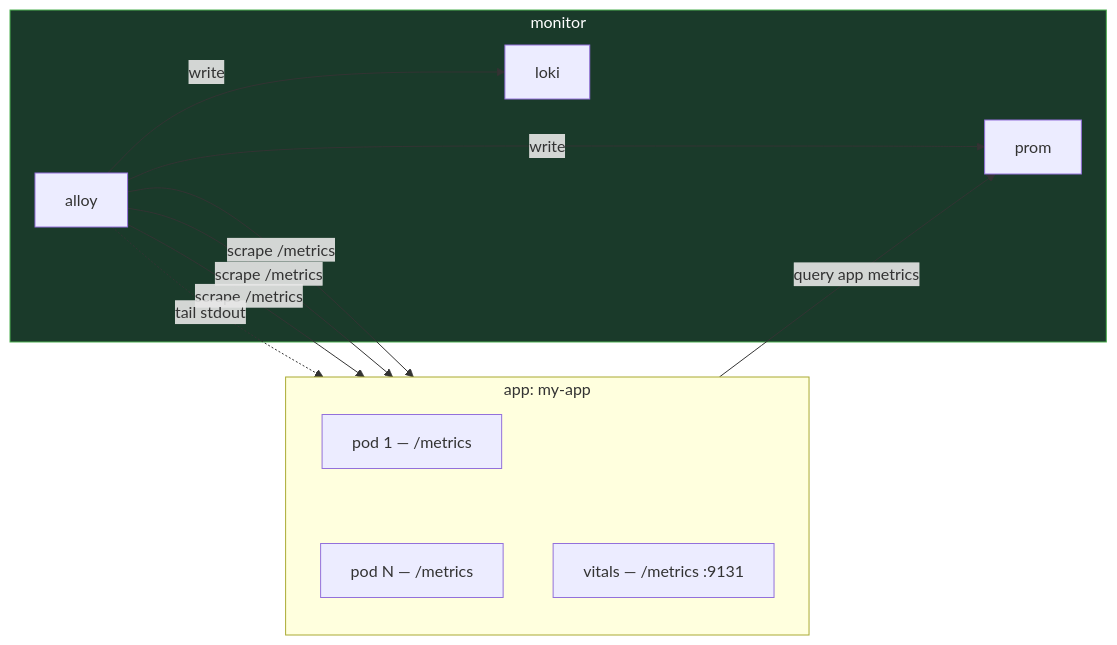
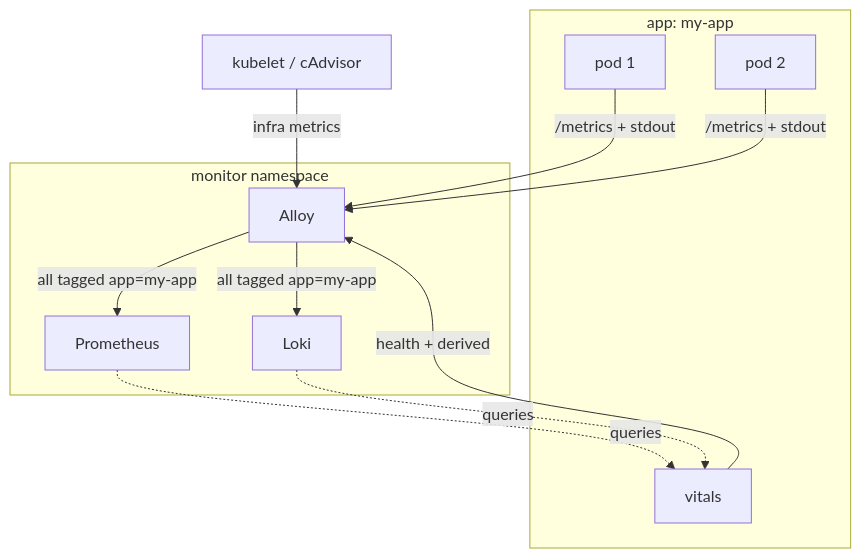
One commit to Kord96/kordinate changed the diagram in docs/infra/monitoring.md. Above: the diagram before and after it, drawn with Mermaid. The commit also changed other lines of this file, not shown here.

First line of the commit message:
Rewrite monitoring doc: two-layer model (Alloy + Vitals)

````diff
--- a/docs/infra/monitoring.md
+++ b/docs/infra/monitoring.md
@@ -9,18 +14,20 @@
 ```mermaid
-flowchart LR
+flowchart TB
     subgraph app["app: my-app"]
-        direction TB
-        P1[pod 1 — /metrics] ~~~ P2[pod N — /metrics]
-        VIT[vitals — /metrics :9131]
+        P1[pod 1]
+        P2[pod 2]
+        VIT[vitals]
     end
 
-    subgraph mon[monitor]
-        AL[alloy] -->|write| PR[prom] & LK[loki]
+    KC[kubelet / cAdvisor] -->|infra metrics| AL
+    P1 & P2 -->|/metrics + stdout| AL
+    AL -->|"all tagged app=my-app"| PR[Prometheus] & LK[Loki]
+    PR & LK -.->|queries| VIT
+    VIT -->|health + derived| AL
+
+    subgraph mon[monitor namespace]
+        AL[Alloy]
+        PR
+        LK
     end
-
-    AL -->|scrape /metrics| P1 & P2 & VIT
-    AL -.->|tail stdout| app
-    VIT -->|query app metrics| PR
-
-    style mon fill:#1a3a2a,stroke:#4caf50,color:#fff
 ```
````
